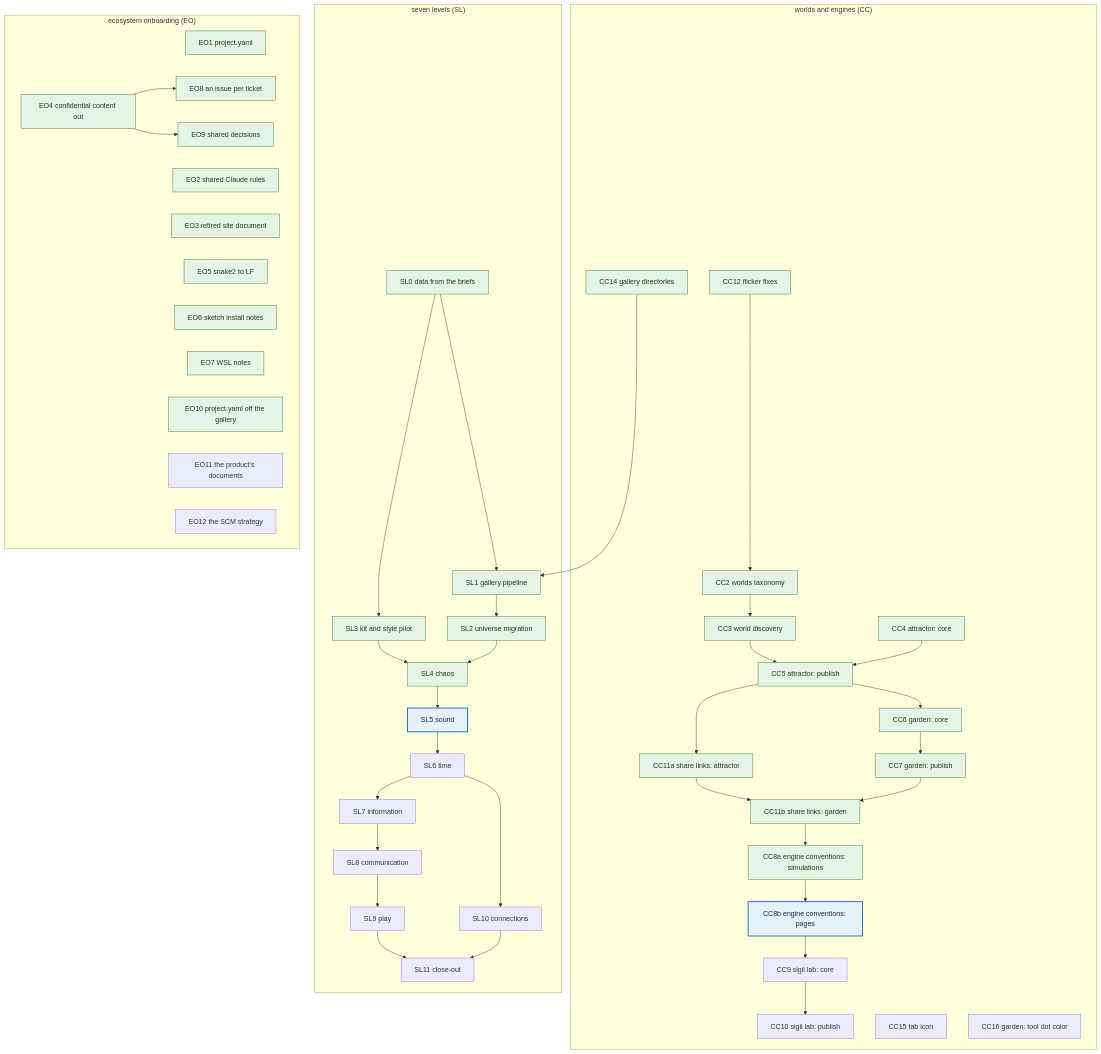
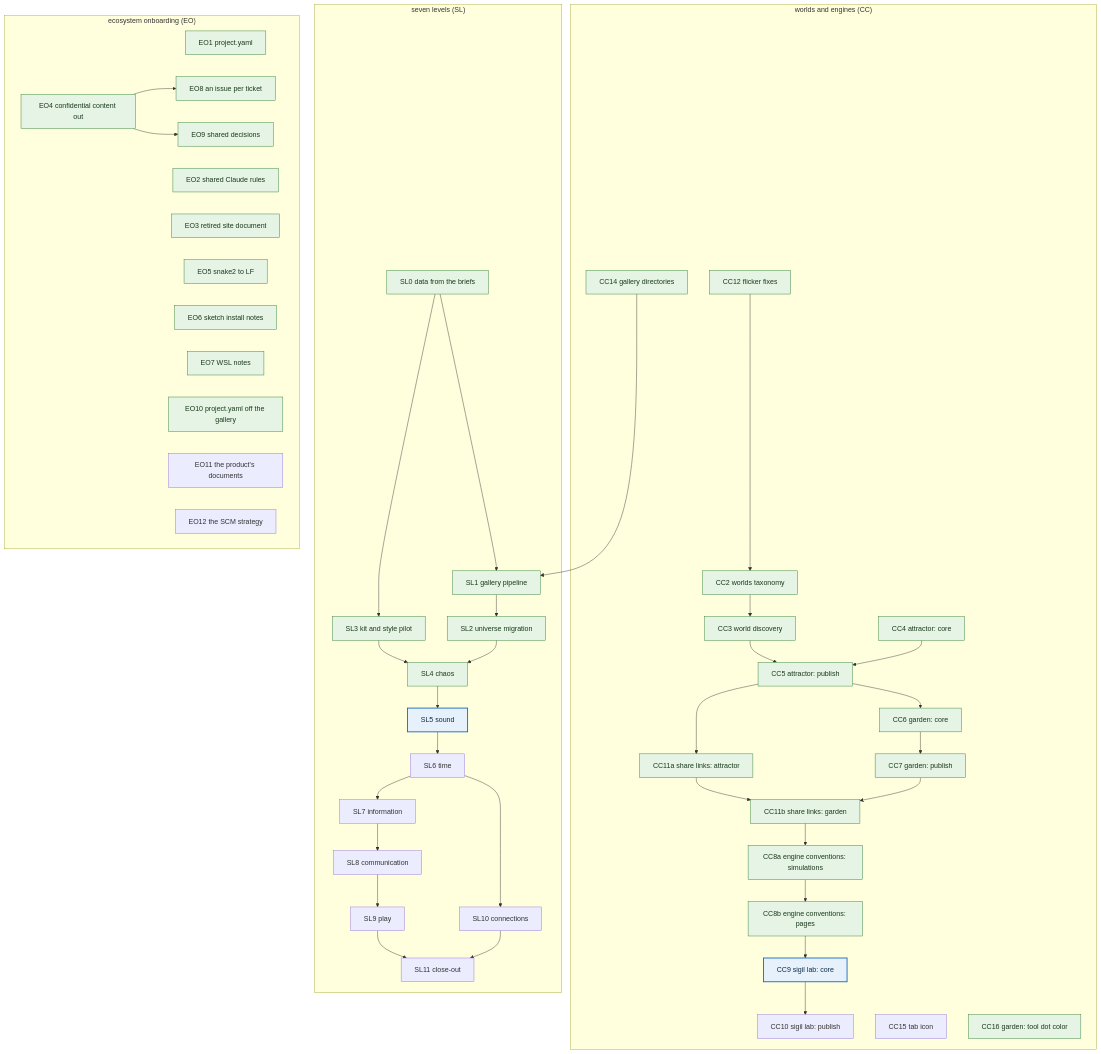
The diagram in dev_plan.md (eigenomarksamy/creative_coding), drawn with Mermaid before and after one commit. The commit also changed other lines of this file and 7 other files, not shown here.

````diff
--- a/dev_plan.md
+++ b/dev_plan.md
@@ -40,56 +40,56 @@
 ```mermaid
 flowchart TD
   %% when a ticket ships, add it to the done class, move the next class to its lane's next ticket, and update the lanes table above
   subgraph CCL["worlds and engines (CC)"]
     CC12["CC12 flicker fixes"] --> CC2["CC2 worlds taxonomy"]
     CC2 --> CC3["CC3 world discovery"]
     CC3 --> CC5["CC5 attractor: publish"]
     CC4["CC4 attractor: core"] --> CC5
     CC5 --> CC11a["CC11a share links: attractor"]
     CC5 --> CC6["CC6 garden: core"]
     CC6 --> CC7["CC7 garden: publish"]
     CC11a --> CC11b["CC11b share links: garden"]
     CC7 --> CC11b
     CC11b --> CC8a["CC8a engine conventions: simulations"]
     CC8a --> CC8b["CC8b engine conventions: pages"]
     CC8b --> CC9["CC9 sigil lab: core"]
     CC9 --> CC10["CC10 sigil lab: publish"]
     CC14["CC14 gallery directories"]
     CC15["CC15 tab icon"]
     CC16["CC16 garden: tool dot color"]
   end
   subgraph SLL["seven levels (SL)"]
     SL0["SL0 data from the briefs"] --> SL1["SL1 gallery pipeline"]
     SL0 --> SL3["SL3 kit and style pilot"]
     SL1 --> SL2["SL2 universe migration"]
     SL3 --> SL4["SL4 chaos"]
     SL2 --> SL4
     SL4 --> SL5["SL5 sound"]
     SL5 --> SL6["SL6 time"]
     SL6 --> SL7["SL7 information"]
     SL7 --> SL8["SL8 communication"]
     SL8 --> SL9["SL9 play"]
     SL6 --> SL10["SL10 connections"]
     SL9 --> SL11["SL11 close-out"]
     SL10 --> SL11
   end
   subgraph EOL["ecosystem onboarding (EO)"]
     EO1["EO1 project.yaml"]
     EO2["EO2 shared Claude rules"]
     EO3["EO3 retired site document"]
     EO4["EO4 confidential content out"] --> EO8["EO8 an issue per ticket"]
     EO4 --> EO9["EO9 shared decisions"]
     EO5["EO5 snake2 to LF"]
     EO6["EO6 sketch install notes"]
     EO7["EO7 WSL notes"]
     EO10["EO10 project.yaml off the gallery"]
     EO11["EO11 the product's documents"]
     EO12["EO12 the SCM strategy"]
   end
   CC14 --> SL1
 
   classDef done fill:#e5f4e4,stroke:#2e7d32,color:#1b3a1d
   classDef next fill:#e7f1fb,stroke:#1565c0,stroke-width:2px,color:#0d2b4e
-  class CC12,CC2,CC3,CC4,CC14,CC5,CC11a,CC6,CC7,CC11b,CC8a,SL0,SL1,SL2,SL3,SL4,EO1,EO4,EO2,EO3,EO9,EO8,EO5,EO6,EO7,EO10 done
-  class CC8b,SL5 next
+  class CC12,CC2,CC3,CC4,CC14,CC5,CC11a,CC6,CC7,CC11b,CC8a,CC8b,CC16,SL0,SL1,SL2,SL3,SL4,EO1,EO4,EO2,EO3,EO9,EO8,EO5,EO6,EO7,EO10 done
+  class CC9,SL5 next
 ```
````
